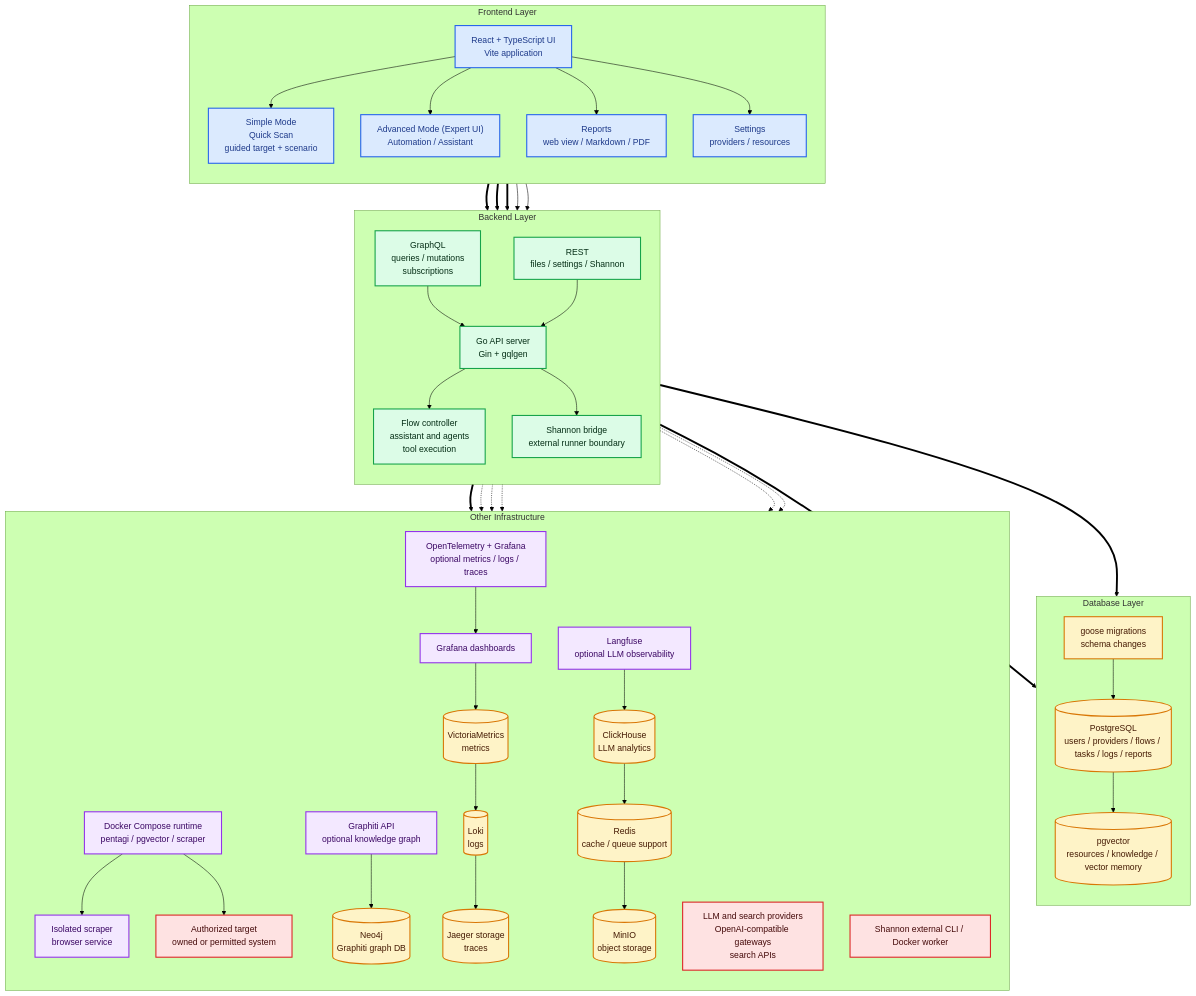
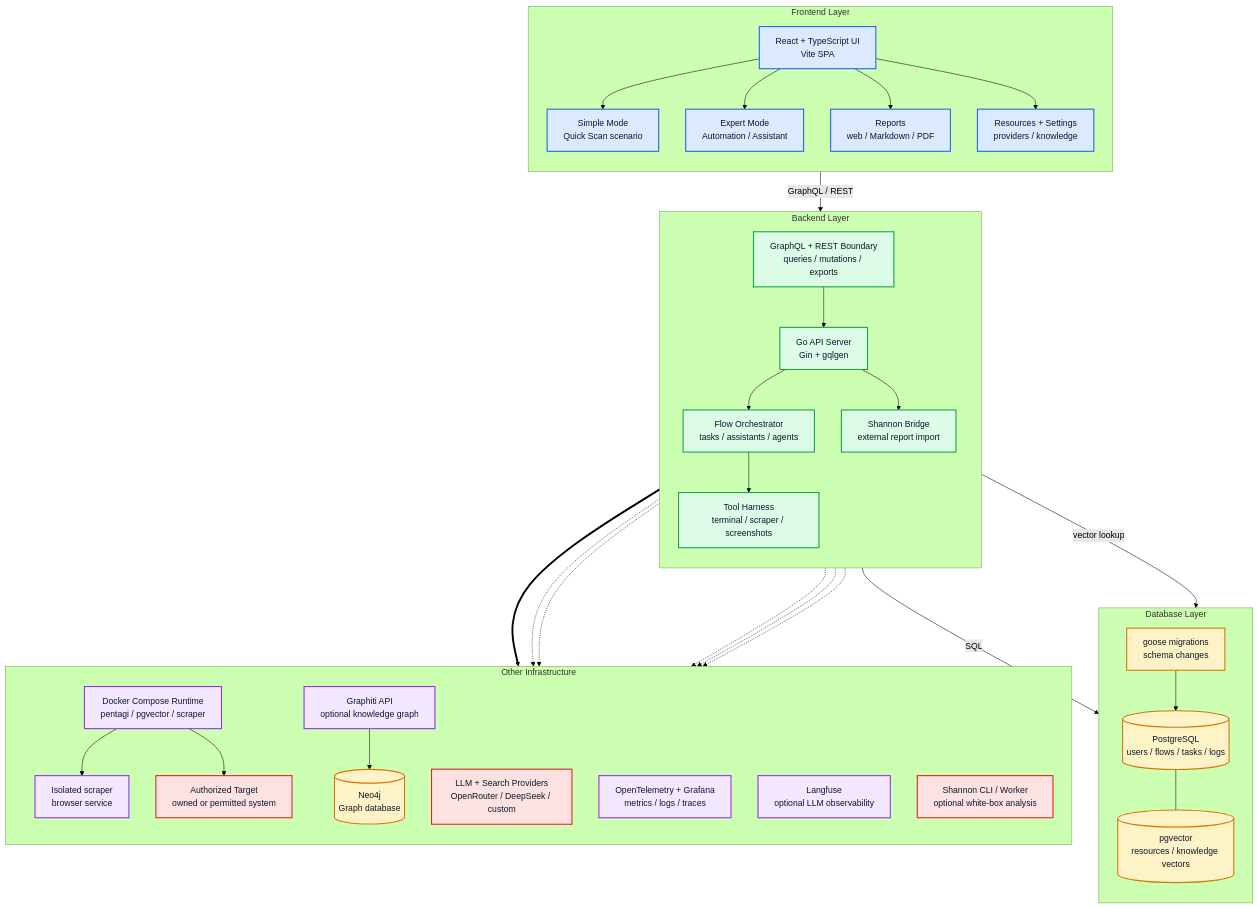
One commit to 2026OpenSourceSW/AegisX changed the second of 4 diagrams in README.md. Above: the diagram before and after it, drawn with Mermaid (forest theme). The commit also changed other lines of this file, not shown here.

Commit message:
docs(readme): clarify component architecture
Constraint: README architecture must match current develop Simple Mode, Expert Mode, database, and infrastructure responsibilities.
Rejected: Single dense container diagram | it made Simple/Expert flows and persistence boundaries hard to scan.
Confidence: high
Scope-risk: narrow
Directive: Keep System Context separate; update these diagrams when Simple/Expert flow contracts change.
Tested: README marker validation; Mermaid CLI rendered all four README diagrams to PNG; git diff --check.
Not-tested: GitHub web renderer beyond local Mermaid CLI render.

````diff
--- a/README.md
+++ b/README.md
@@ -134,97 +141,76 @@
 ```mermaid
-graph TB
-    classDef frontend fill:#dbeafe,stroke:#2563eb,stroke-width:2px,color:#1e3a8a
-    classDef backend fill:#dcfce7,stroke:#16a34a,stroke-width:2px,color:#052e16
-    classDef database fill:#fef3c7,stroke:#d97706,stroke-width:2px,color:#451a03
-    classDef infra fill:#f3e8ff,stroke:#9333ea,stroke-width:2px,color:#3b0764
-    classDef external fill:#fee2e2,stroke:#dc2626,stroke-width:2px,color:#450a0a
+flowchart TB
+    classDef frontend fill:#dbeafe,stroke:#2563eb,stroke-width:2px,color:#0f172a
+    classDef backend fill:#dcfce7,stroke:#16a34a,stroke-width:2px,color:#0f172a
+    classDef database fill:#fef3c7,stroke:#d97706,stroke-width:2px,color:#0f172a
+    classDef infra fill:#f3e8ff,stroke:#9333ea,stroke-width:2px,color:#0f172a
+    classDef external fill:#fee2e2,stroke:#dc2626,stroke-width:2px,color:#0f172a
 
     subgraph Frontend["Frontend Layer"]
         direction TB
-        UI["React + TypeScript UI<br/>Vite application"]
-        SimpleMode["Simple Mode<br/>Quick Scan<br/>guided target + scenario"]
-        ExpertMode["Advanced Mode (Expert UI)<br/>Automation / Assistant"]
-        Reports["Reports<br/>web view / Markdown / PDF"]
-        Settings["Settings<br/>providers / resources"]
-        UI --> SimpleMode
-        UI --> ExpertMode
-        UI --> Reports
-        UI --> Settings
+        WebUI["React + TypeScript UI<br/>Vite SPA"]
+        SimpleMode["Simple Mode<br/>Quick Scan scenario"]
+        ExpertMode["Expert Mode<br/>Automation / Assistant"]
+        ReportUI["Reports<br/>web / Markdown / PDF"]
+        ResourceUI["Resources + Settings<br/>providers / knowledge"]
+        WebUI --> SimpleMode
+        WebUI --> ExpertMode
+        WebUI --> ReportUI
+        WebUI --> ResourceUI
     end
 
     subgraph Backend["Backend Layer"]
         direction TB
-        GraphQL["GraphQL<br/>queries / mutations<br/>subscriptions"]
-        REST["REST<br/>files / settings / Shannon"]
-        API["Go API server<br/>Gin + gqlgen"]
-        Orchestration["Flow controller<br/>assistant and agents<br/>tool execution"]
-        ShannonBridge["Shannon bridge<br/>external runner boundary"]
-        GraphQL --> API
-        REST --> API
+        EdgeAPI["GraphQL + REST Boundary<br/>queries / mutations / exports"]
+        API["Go API Server<br/>Gin + gqlgen"]
+        Orchestration["Flow Orchestrator<br/>tasks / assistants / agents"]
+        Harness["Tool Harness<br/>terminal / scraper / screenshots"]
+        ShannonBridge["Shannon Bridge<br/>external report import"]
+        EdgeAPI --> API
         API --> Orchestration
+        Orchestration --> Harness
         API --> ShannonBridge
     end
 
     subgraph Database["Database Layer"]
         direction TB
         Migrations["goose migrations<br/>schema changes"]
-        AppDB[(PostgreSQL<br/>users / providers / flows / tasks / logs / reports)]
-        VectorDB[(pgvector<br/>resources / knowledge / vector memory)]
+        AppDB[(PostgreSQL<br/>users / flows / tasks / logs)]
+        VectorDB[(pgvector<br/>resources / knowledge vectors)]
         Migrations --> AppDB
-        AppDB --> VectorDB
+        AppDB --- VectorDB
     end
 
     subgraph Other["Other Infrastructure"]
         direction TB
-        Docker["Docker Compose runtime<br/>pentagi / pgvector / scraper"]
+        Docker["Docker Compose Runtime<br/>pentagi / pgvector / scraper"]
         Scraper["Isolated scraper<br/>browser service"]
-        Target["Authorized target<br/>owned or permitted system"]
-        Providers["LLM and search providers<br/>OpenAI-compatible gateways<br/>search APIs"]
-        ShannonExternal["Shannon external CLI / Docker worker"]
+        Providers["LLM + Search Providers<br/>OpenRouter / DeepSeek / custom"]
+        Target["Authorized Target<br/>owned or permitted system"]
+        Graphiti["Graphiti API<br/>optional knowledge graph"]
+        Neo4j[(Neo4j<br/>Graph database)]
+        Observability["OpenTelemetry + Grafana<br/>metrics / logs / traces"]
+        Langfuse["Langfuse<br/>optional LLM observability"]
+        ShannonExternal["Shannon CLI / Worker<br/>optional white-box analysis"]
         Docker --> Scraper
         Docker --> Target
-
-        Graphiti["Graphiti API<br/>optional knowledge graph"]
-        Neo4j[(Neo4j<br/>Graphiti graph DB)]
         Graphiti --> Neo4j
-
-        Observability["OpenTelemetry + Grafana<br/>optional metrics / logs / traces"]
-        Grafana["Grafana dashboards"]
-        Victoria[(VictoriaMetrics<br/>metrics)]
-        Loki[(Loki<br/>logs)]
-        JaegerStore[(Jaeger storage<br/>traces)]
-        Observability --> Grafana
-        Grafana --> Victoria
-        Victoria --> Loki
-        Loki --> JaegerStore
-
-        Langfuse["Langfuse<br/>optional LLM observability"]
-        ClickHouse[(ClickHouse<br/>LLM analytics)]
-        Redis[(Redis<br/>cache / queue support)]
-        MinIO[(MinIO<br/>object storage)]
-        Langfuse --> ClickHouse
-        ClickHouse --> Redis
-        Redis --> MinIO
     end
 
-    SimpleMode ==> GraphQL
-    ExpertMode ==> GraphQL
-    Reports ==> GraphQL
-    Reports --> REST
-    Settings --> REST
+    WebUI -- "GraphQL / REST" --> EdgeAPI
 
-    API ==> AppDB
-    Orchestration ==> VectorDB
-    Orchestration ==> Docker
+    API -- "SQL" --> AppDB
+    Orchestration -- "vector lookup" --> VectorDB
+    Harness ==> Docker
     Orchestration -.-> Providers
     Orchestration -.-> Graphiti
     API -.-> Observability
     API -.-> Langfuse
     ShannonBridge -.-> ShannonExternal
 
-    class UI,SimpleMode,ExpertMode,Reports,Settings frontend
-    class API,GraphQL,REST,Orchestration,ShannonBridge backend
-    class AppDB,VectorDB,Migrations,Neo4j,Victoria,Loki,JaegerStore,ClickHouse,Redis,MinIO database
-    class Docker,Scraper,Graphiti,Observability,Grafana,Langfuse infra
+    class WebUI,SimpleMode,ExpertMode,ReportUI,ResourceUI frontend
+    class EdgeAPI,API,Orchestration,Harness,ShannonBridge backend
+    class Migrations,AppDB,VectorDB,Neo4j database
+    class Docker,Scraper,Graphiti,Observability,Langfuse infra
     class Providers,Target,ShannonExternal external
 ```
````
